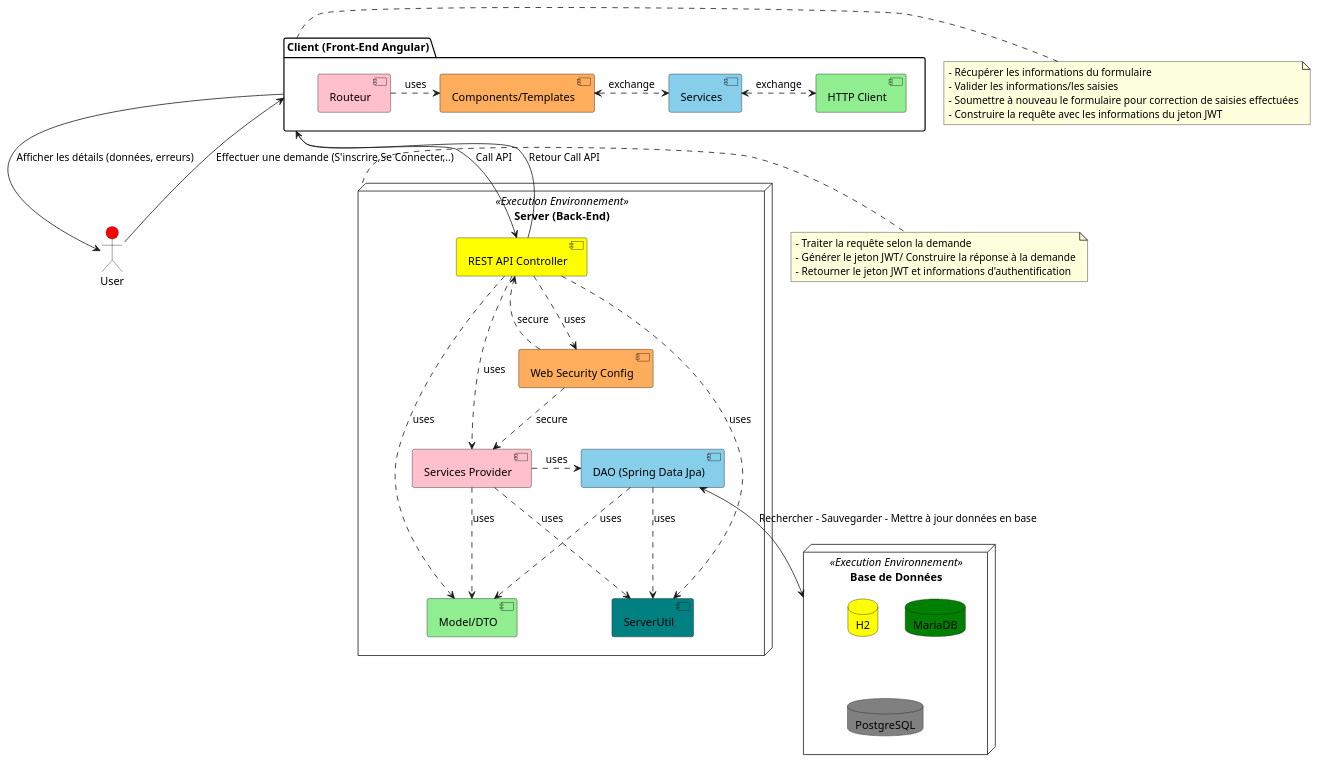
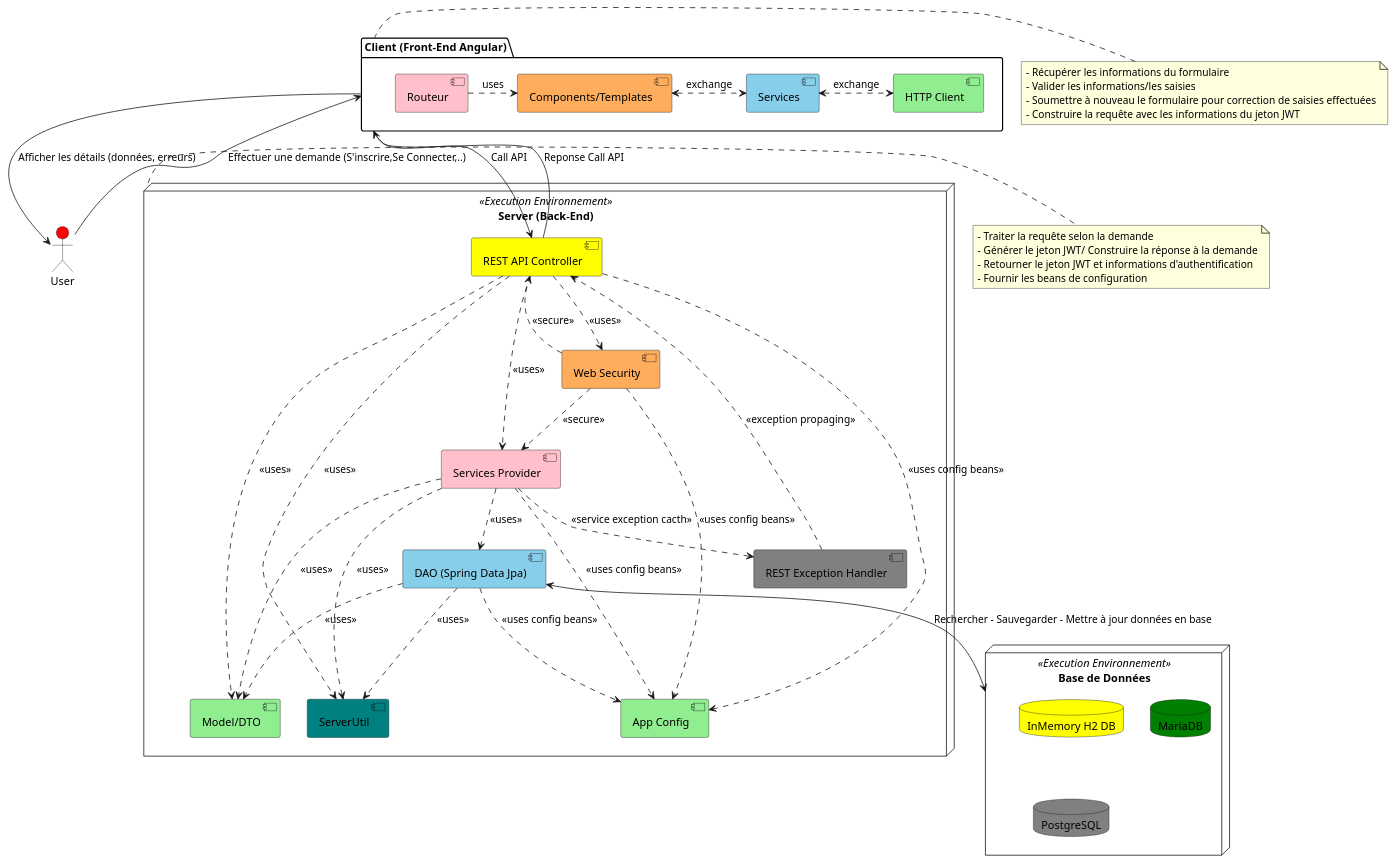
The first of 5 diagrams in README.md (Corey-Peyton/jwt-auth-web-api-sandbox), drawn with PlantUML before and after one commit. The commit also changed other lines of this file and 42 other files, not shown here.

````diff
--- a/README.md
+++ b/README.md
@@ -95,71 +95,82 @@
 ```plantuml
 @startuml
 ' Défintion des acteurs
 actor User #red
 
 ' Défintion du serveur Front-End dans l'architecture (le noeud)
 package "Client (Front-End Angular)" as Client  {
 [Routeur]  .> [Components/Templates] : uses
 [Components/Templates] <.> [Services] : exchange
 [Services] <.> [HTTP Client] : exchange
 }
 
 ' Défintion des couleurs des composants du serveur
 [Routeur] #Pink
 [Components/Templates] #fdad5c
 [Services] #skyblue
 [HTTP Client] #lightgreen
 
 ' Défintion du serveur Back-End dans l'architecture (le noeud)
 node "Server (Back-End)" as Server  <<Execution Environnement>> {
-[REST API Controller] ..> [Web Security Config] : uses
-[Web Security Config] ..> [REST API Controller] : secure
-[Web Security Config] ..> [Services Provider] : secure
-[REST API Controller] ..> [Services Provider] : uses
-[REST API Controller] ..> [Model/DTO] : uses
-[Services Provider] ..> [Model/DTO] : uses
-[DAO (Spring Data Jpa)] ..> [Model/DTO] : uses
-[DAO (Spring Data Jpa)] ..> [ServerUtil] : uses
-[Services Provider] ..> [ServerUtil] : uses
-[REST API Controller] ..> [ServerUtil] : uses
-[Services Provider] .> [DAO (Spring Data Jpa)] : uses
+[REST API Controller] ..> [Web Security] : <<uses>>
+[Web Security] ..> [REST API Controller] : <<secure>>
+[Web Security] ..> [Services Provider] : <<secure>>
+[REST API Controller] ..> [Services Provider] : <<uses>>
+[REST API Controller] ..> [Model/DTO] : <<uses>>
+[Services Provider] ..> [Model/DTO] : <<uses>>
+[DAO (Spring Data Jpa)] ..> [Model/DTO] : <<uses>>
+[DAO (Spring Data Jpa)] ..> [ServerUtil] : <<uses>>
+[Services Provider] ..> [ServerUtil] : <<uses>>
+[REST API Controller] ..> [ServerUtil] : <<uses>>
+[Services Provider] ..> [DAO (Spring Data Jpa)] : <<uses>>
+[Services Provider] ..> [REST Exception Handler] : <<service exception cacth>>
+[REST Exception Handler] ..> [REST API Controller] : <<exception propaging>>
+[REST API Controller] ..> [App Config] : <<uses config beans>>
+[Services Provider] ..> [App Config] : <<uses config beans>>
+[DAO (Spring Data Jpa)] ..> [App Config] : <<uses config beans>>
+[Web Security] ..> [App Config] : <<uses config beans>>
 }
 
 ' Défintion des couleurs des composants du serveur
 [REST API Controller] #Yellow
-[Web Security Config] #fdad5c
+[Web Security] #fdad5c
 [Services Provider] #Pink
 [DAO (Spring Data Jpa)] #skyblue
 [Model/DTO] #lightgreen
 [ServerUtil] #teal
+[REST Exception Handler] #Gray
+[App Config] #lightgreen
 
 ' Défintion de la base de données dans l'architecture
 node "Base de Données" as BDD <<Execution Environnement>> {
-database "H2" #Yellow
+database "InMemory H2 DB" #Yellow
 database "MariaDB" #Green
 database "PostgreSQL" #Gray
 }
 
 ' Ajout de commentaires
 note left of Client
 - Récupérer les informations du formulaire
 - Valider les informations/les saisies
 - Soumettre à nouveau le formulaire pour correction de saisies effectuées
 - Construire la requête avec les informations du jeton JWT
 end note
 
 ' Ajout de commentaires
 note right of Server 
 - Traiter la requête selon la demande 
 - Générer le jeton JWT/ Construire la réponse à la demande
 - Retourner le jeton JWT et informations d'authentification
+- Fournir les beans de configuration
 end note
 
 ' Définition des interactions entres les composants de l'architecture
 User --> Client : Effectuer une demande (S'inscrire,Se Connecter,..)
 Client--> User : Afficher les détails (données, erreurs)
 Client  --> [REST API Controller] :  Call API
-[REST API Controller] --> Client   :  Retour Call API
+[REST API Controller] --> Client   :  Reponse Call API
 [DAO (Spring Data Jpa)] <--> BDD : Rechercher - Sauvegarder - Mettre à jour données en base
+'[App Config] --> Server : <<Config beans>>
+'Server  <-- [App Config] : <<Consommer Config beans>>
 @enduml
 ```
````
